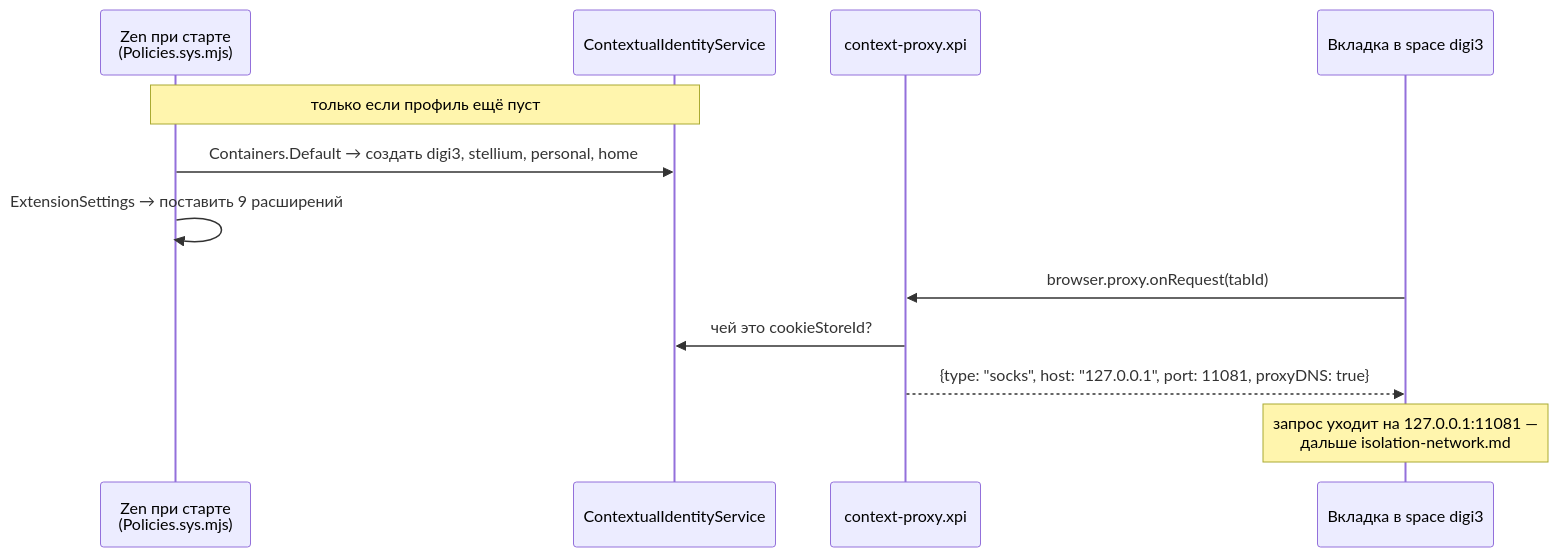
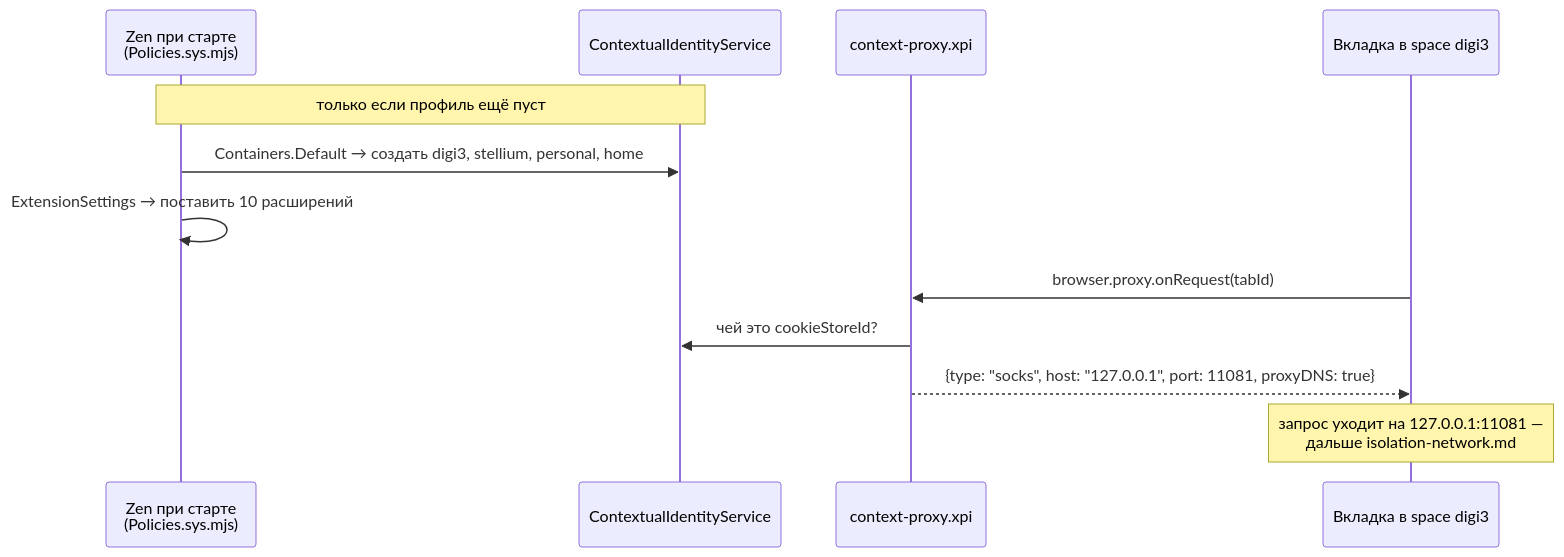
One commit to stpntkhnv/dotfiles changed the second of 2 diagrams in docs/isolation-browser.md. Above: the diagram before and after it, drawn with Mermaid. The commit also changed other lines of this file and 2 other files, not shown here.

````diff
--- a/docs/isolation-browser.md
+++ b/docs/isolation-browser.md
@@ -90,16 +90,16 @@
 ```mermaid
 sequenceDiagram
     participant P as Zen при старте<br/>(Policies.sys.mjs)
     participant CI as ContextualIdentityService
     participant CP as context-proxy.xpi
     participant T as Вкладка в space digi3
 
     Note over P,CI: только если профиль ещё пуст
     P->>CI: Containers.Default → создать digi3, stellium, personal, home
-    P->>P: ExtensionSettings → поставить 9 расширений
+    P->>P: ExtensionSettings → поставить 10 расширений
 
     T->>CP: browser.proxy.onRequest(tabId)
     CP->>CI: чей это cookieStoreId?
     CP-->>T: {type: "socks", host: "127.0.0.1", port: 11081, proxyDNS: true}
     Note over T: запрос уходит на 127.0.0.1:11081 —<br/>дальше isolation-network.md
 ```
````
